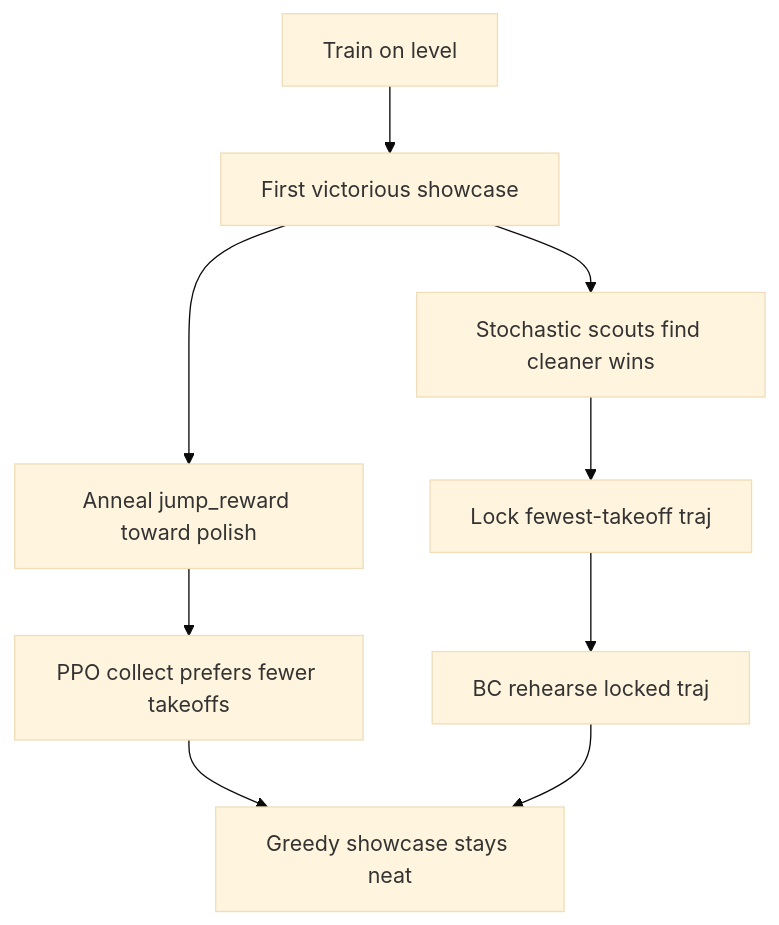
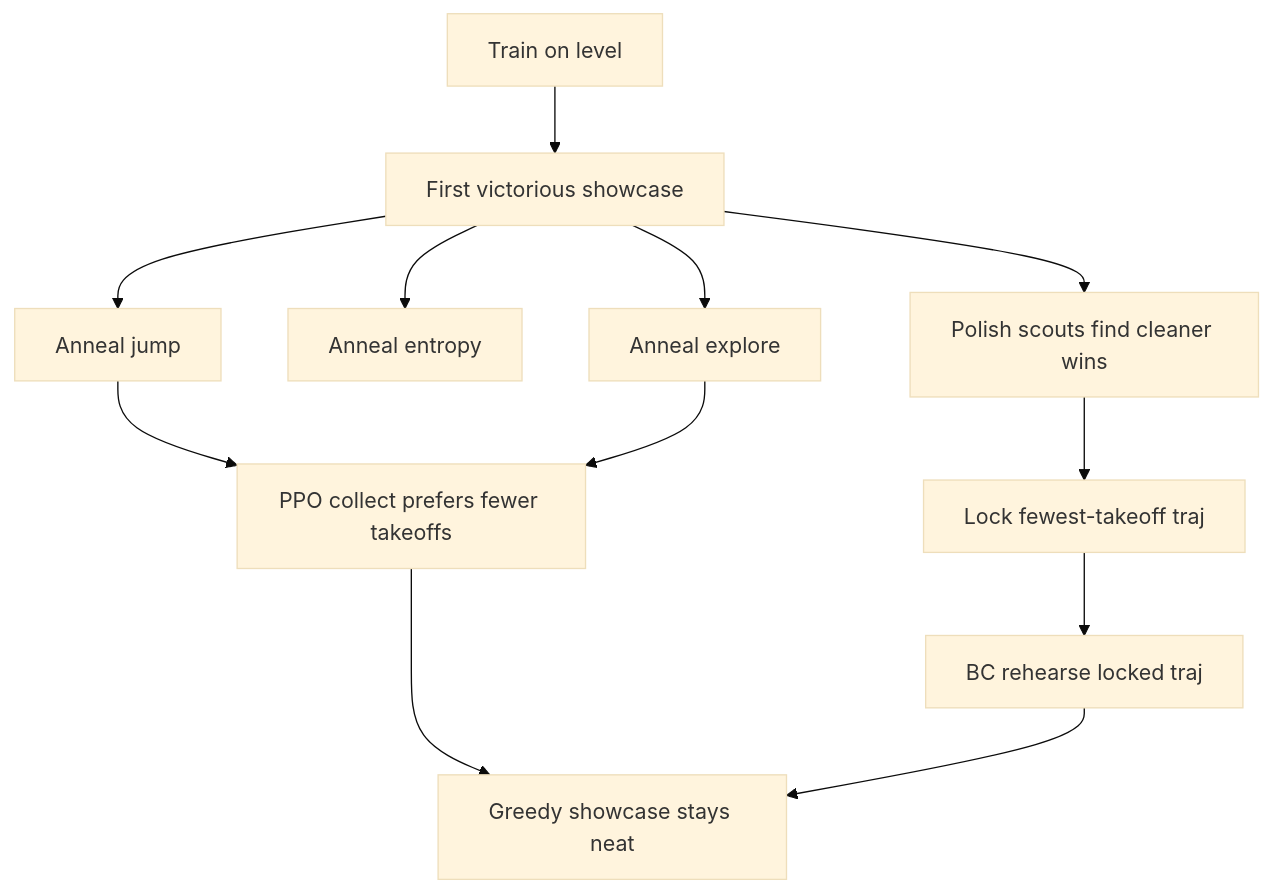
One commit to dante-ferr/ai-delver changed the second of 2 diagrams in docs/src/engineering/jump_polish_stage_b.md. Above: the diagram before and after it, drawn with Mermaid (base theme). The commit also changed other lines of this file and 12 other files, not shown here.

First line of the commit message:
feat(intelligence): post-clear explore anneal and safer polish

````diff
--- a/docs/src/engineering/jump_polish_stage_b.md
+++ b/docs/src/engineering/jump_polish_stage_b.md
@@ -104,11 +100,14 @@
 ```mermaid
 flowchart TD
   train["Train on level"] --> firstWin["First victorious showcase"]
-  firstWin --> anneal["Anneal jump_reward toward polish"]
-  firstWin --> scout["Stochastic scouts find cleaner wins"]
+  firstWin --> annealJ["Anneal jump"]
+  firstWin --> annealE["Anneal entropy"]
+  firstWin --> annealX["Anneal explore"]
+  firstWin --> scout["Polish scouts find cleaner wins"]
   scout --> lock["Lock fewest-takeoff traj"]
-  anneal --> ppo["PPO collect prefers fewer takeoffs"]
+  annealJ --> ppo["PPO collect prefers fewer takeoffs"]
+  annealX --> ppo
   lock --> bc["BC rehearse locked traj"]
   ppo --> sticky["Greedy showcase stays neat"]
   bc --> sticky
 ```
````
